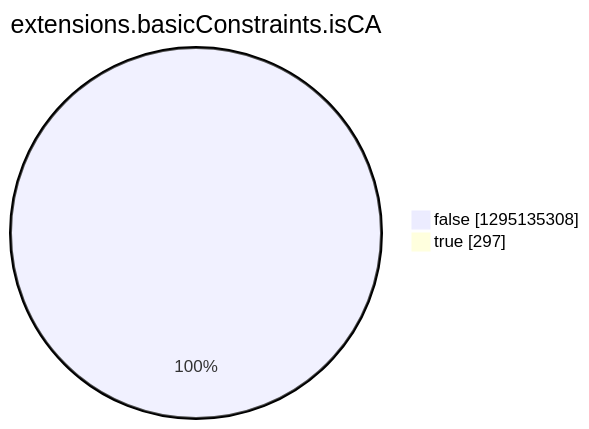
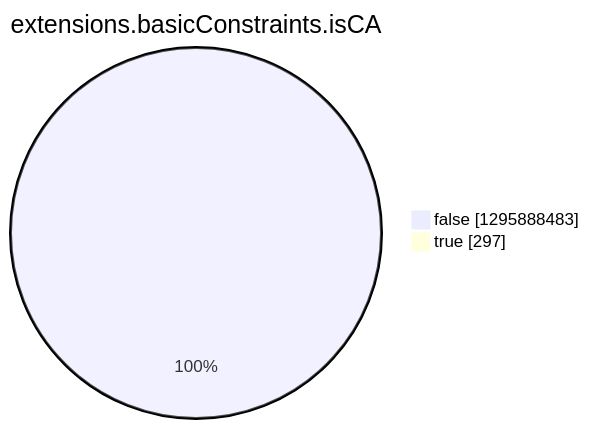
Before and after one commit to christiankrug/ctmonitor_visualization: the eighth of 15 diagrams in argon2022/README.md, drawn with Mermaid. The commit also changed other lines of this file, not shown here.

````diff
--- a/argon2022/README.md
+++ b/argon2022/README.md
@@ -2756,6 +2756,6 @@
 ```mermaid
 pie showData
 title extensions.basicConstraints.isCA
-"false" :1295135308
+"false" :1295888483
 "true" :297
 ```
````
